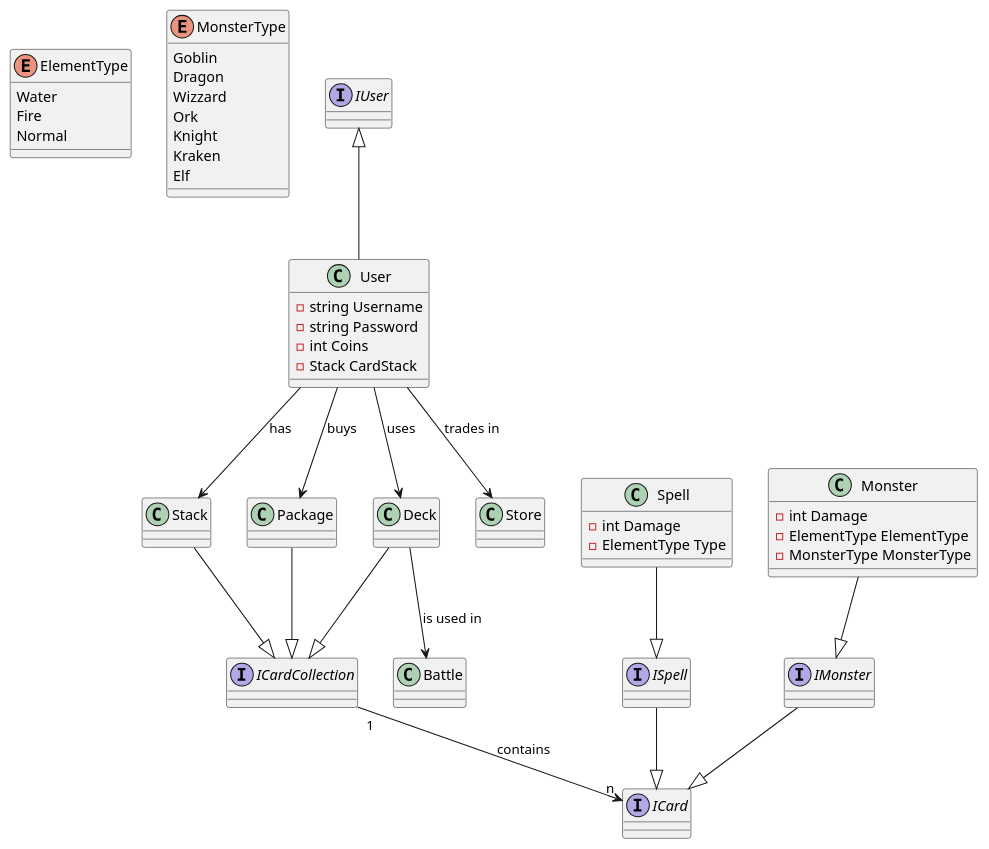
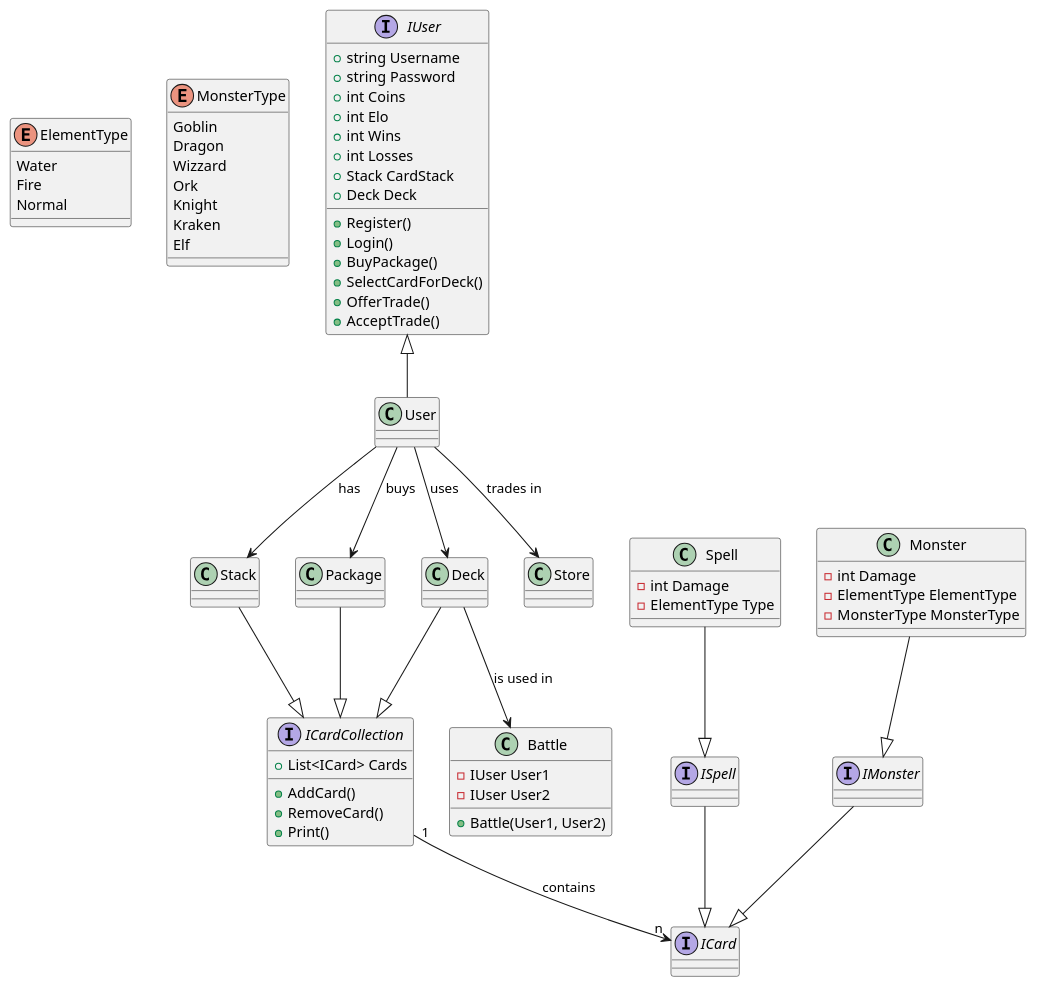
Before and after one commit to jakobfriedl/monster-trading-card-game: the diagram in uml.pu, drawn with PlantUML. The commit also changed 289 other files, not shown here.

```diff
--- a/uml.pu
+++ b/uml.pu
@@ -1,91 +1,107 @@
 @startuml Projekt: Monster Trading Card Game 
 
 enum ElementType{
     Water
     Fire
     Normal
 }
 
 enum MonsterType{
     Goblin
     Dragon
     Wizzard 
     Ork 
     Knight
     Kraken
     Elf 
 }
 
 interface IUser{
-    
+    + string Username 
+    + string Password
+    + int Coins 
+    + int Elo
+    + int Wins
+    + int Losses
+    + Stack CardStack
+    + Deck Deck
+    + Register()
+    + Login()
+    + BuyPackage()
+    + SelectCardForDeck()
+    + OfferTrade()
+    + AcceptTrade()
 }
 
 class User{
-    - string Username 
-    - string Password
-    - int Coins 
-    - Stack CardStack
 }
 IUser <|-- User
 
 interface ICard{
 
 }
 
 interface ISpell{
 
 }
 ISpell --|> ICard
 
 interface IMonster{
 
 }
 IMonster --|> ICard
 
 class Spell{
     - int Damage
     - ElementType Type
 }
 Spell --|> ISpell
 
 class Monster{
     - int Damage
     - ElementType ElementType
     - MonsterType MonsterType
 }
 Monster --|> IMonster
 
 class Stack{
 
 }
 User --> Stack : has
 
 class Package{
 
 }
 User --> Package : buys
 
 class Deck{
 
 }
 User --> Deck : uses
 
 interface ICardCollection{
-
+    + List<ICard> Cards
+    + AddCard()
+    + RemoveCard()
+    + Print()
 }
 Stack --|> ICardCollection
 Package --|> ICardCollection
 Deck --|> ICardCollection
 ICardCollection "1" --> "n" ICard : contains
 
 class Store{
 
 }
 User --> Store : trades in
 
 class Battle{
+    - IUser User1
+    - IUser User2
+
+    + Battle(User1, User2)
 
 }
 Deck --> Battle : is used in
 
 @enduml
```
